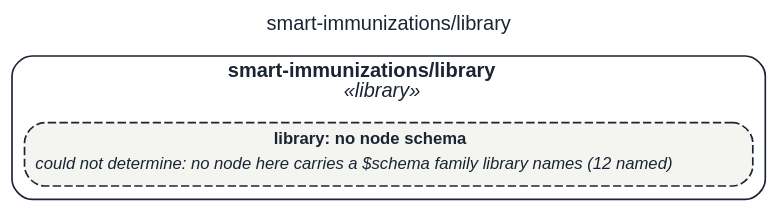
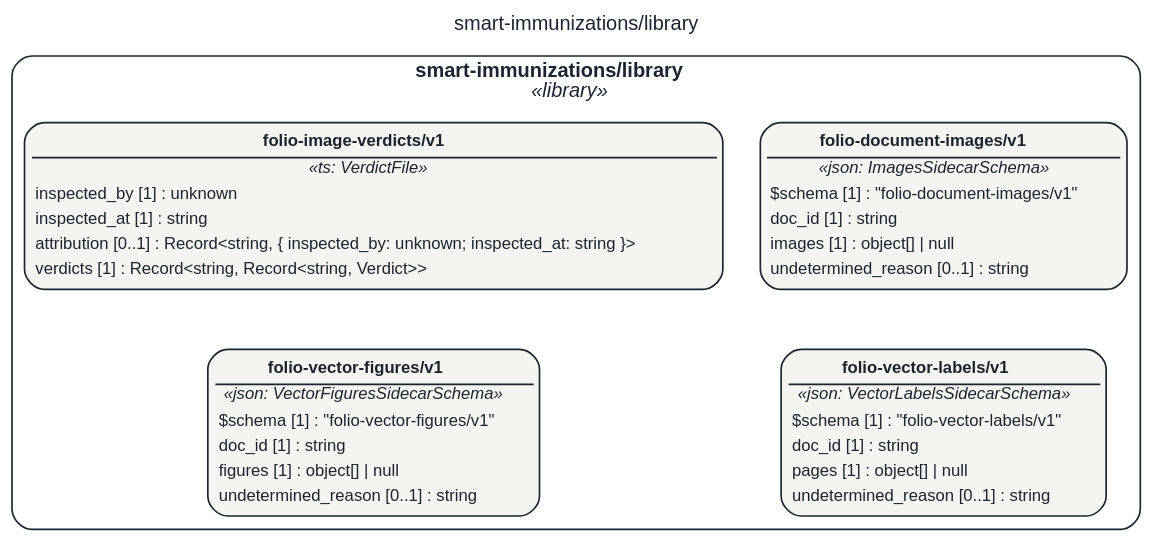
Before and after one commit to litlfred/folio-assistant: the diagram in assets/img/uml/overview/smart-immunizations/library.dot, drawn with Graphviz. The commit also changed 2076 other files, not shown here.

```diff
--- a/assets/img/uml/overview/smart-immunizations/library.dot
+++ b/assets/img/uml/overview/smart-immunizations/library.dot
@@ -1,11 +1,16 @@
 // GENERATED by cat-harness-tools/scripts/gen-uml-overview.ts — do not edit.
 // Rendered page (interactive view, same model): https://litlfred.github.io/folio-assistant/uml/overview/smart-immunizations/library.html
 digraph "smart_immunizations_library" {
   graph [label="smart-immunizations/library", labelloc=t, fontname="Helvetica", fontsize=12, fontcolor="#1b2432", newrank=true, ratio=auto, nodesep=0.3, ranksep=0.5, bgcolor="transparent"];
   node [shape=box, style="rounded,filled", margin=0.05, fontname="Helvetica", fontsize=10, color="#1b2432", fontcolor="#1b2432"];
   edge [color="#1b2432", fontcolor="#1b2432", fontname="Helvetica", fontsize=9];
   subgraph "cluster_pkg_smart_immunizations_library" {
     label=<<b>smart-immunizations/library</b><br/><i>«library»</i>>; style="rounded"; color="#1b2432"; class="fa_uml_subgraph";
-    "n_smart_immunizations_library_library" [style="rounded,filled,dashed", fillcolor="#f4f4f1", class="fa_uml_kind_library fa_uml_undetermined", label=<<table border="0" cellborder="0" cellspacing="0" cellpadding="2"><tr><td><b>library: no node schema</b></td></tr><tr><td align="left"><i>could not determine: no node here carries a $schema family library names (12 named)</i></td></tr></table>>];
+    "smart_immunizations_library_folio_document_images_v1_folio_document_images_v1" [fillcolor="#f4f4f1", class="fa_uml_kind_library", label=<<table border="0" cellborder="0" cellspacing="0" cellpadding="2"><tr><td border="1" sides="b"><b>folio-document-images/v1</b></td></tr><tr><td><i>«json: ImagesSidecarSchema»</i></td></tr><tr><td align="left">$schema [1] : &quot;folio-document-images/v1&quot;</td></tr><tr><td align="left">doc_id [1] : string</td></tr><tr><td align="left">images [1] : object[] | null</td></tr><tr><td align="left">undetermined_reason [0..1] : string</td></tr></table>>];
+    "smart_immunizations_library_folio_image_verdicts_v1" [fillcolor="#f4f4f1", class="fa_uml_kind_library", label=<<table border="0" cellborder="0" cellspacing="0" cellpadding="2"><tr><td border="1" sides="b"><b>folio-image-verdicts/v1</b></td></tr><tr><td><i>«ts: VerdictFile»</i></td></tr><tr><td align="left">inspected_by [1] : unknown</td></tr><tr><td align="left">inspected_at [1] : string</td></tr><tr><td align="left">attribution [0..1] : Record&lt;string, { inspected_by: unknown; inspected_at: string }&gt;</td></tr><tr><td align="left">verdicts [1] : Record&lt;string, Record&lt;string, Verdict&gt;&gt;</td></tr></table>>];
+    "smart_immunizations_library_folio_vector_labels_v1_folio_vector_labels_v1" [fillcolor="#f4f4f1", class="fa_uml_kind_library", label=<<table border="0" cellborder="0" cellspacing="0" cellpadding="2"><tr><td border="1" sides="b"><b>folio-vector-labels/v1</b></td></tr><tr><td><i>«json: VectorLabelsSidecarSchema»</i></td></tr><tr><td align="left">$schema [1] : &quot;folio-vector-labels/v1&quot;</td></tr><tr><td align="left">doc_id [1] : string</td></tr><tr><td align="left">pages [1] : object[] | null</td></tr><tr><td align="left">undetermined_reason [0..1] : string</td></tr></table>>];
+    "smart_immunizations_library_folio_vector_figures_v1_folio_vector_figures_v1" [fillcolor="#f4f4f1", class="fa_uml_kind_library", label=<<table border="0" cellborder="0" cellspacing="0" cellpadding="2"><tr><td border="1" sides="b"><b>folio-vector-figures/v1</b></td></tr><tr><td><i>«json: VectorFiguresSidecarSchema»</i></td></tr><tr><td align="left">$schema [1] : &quot;folio-vector-figures/v1&quot;</td></tr><tr><td align="left">doc_id [1] : string</td></tr><tr><td align="left">figures [1] : object[] | null</td></tr><tr><td align="left">undetermined_reason [0..1] : string</td></tr></table>>];
   }
+  "smart_immunizations_library_folio_document_images_v1_folio_document_images_v1" -> "smart_immunizations_library_folio_vector_labels_v1_folio_vector_labels_v1" [style=invis, class="kg-graph-anchor"];
+  "smart_immunizations_library_folio_image_verdicts_v1" -> "smart_immunizations_library_folio_vector_figures_v1_folio_vector_figures_v1" [style=invis, class="kg-graph-anchor"];
 }
```
